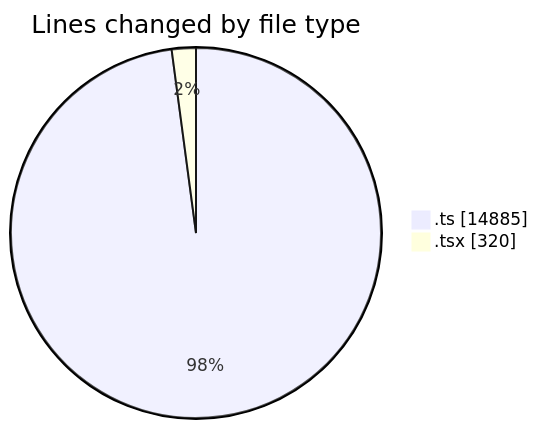
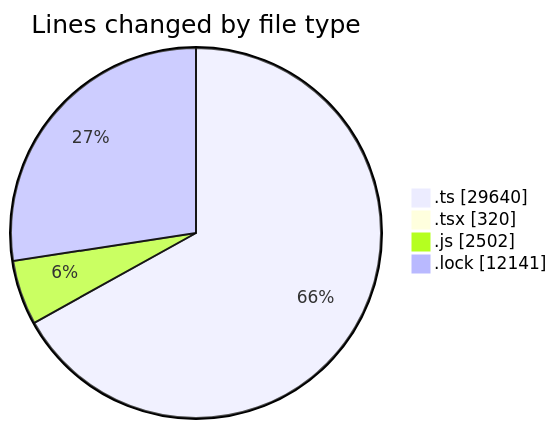
One commit to momahboobian/code-tracking changed the first of 2 diagrams in 2025-08-13/cda/README.md. Above: the diagram before and after it, drawn with Mermaid. The commit also changed other lines of this file and 1 other file, not shown here.

````diff
--- a/2025-08-13/cda/README.md
+++ b/2025-08-13/cda/README.md
@@ -27,6 +38,8 @@
 ```mermaid
 pie showData
 title Lines changed by file type
-".ts" : 14885
+".ts" : 29640
 ".tsx" : 320
+".js" : 2502
+".lock" : 12141
 ```
````
